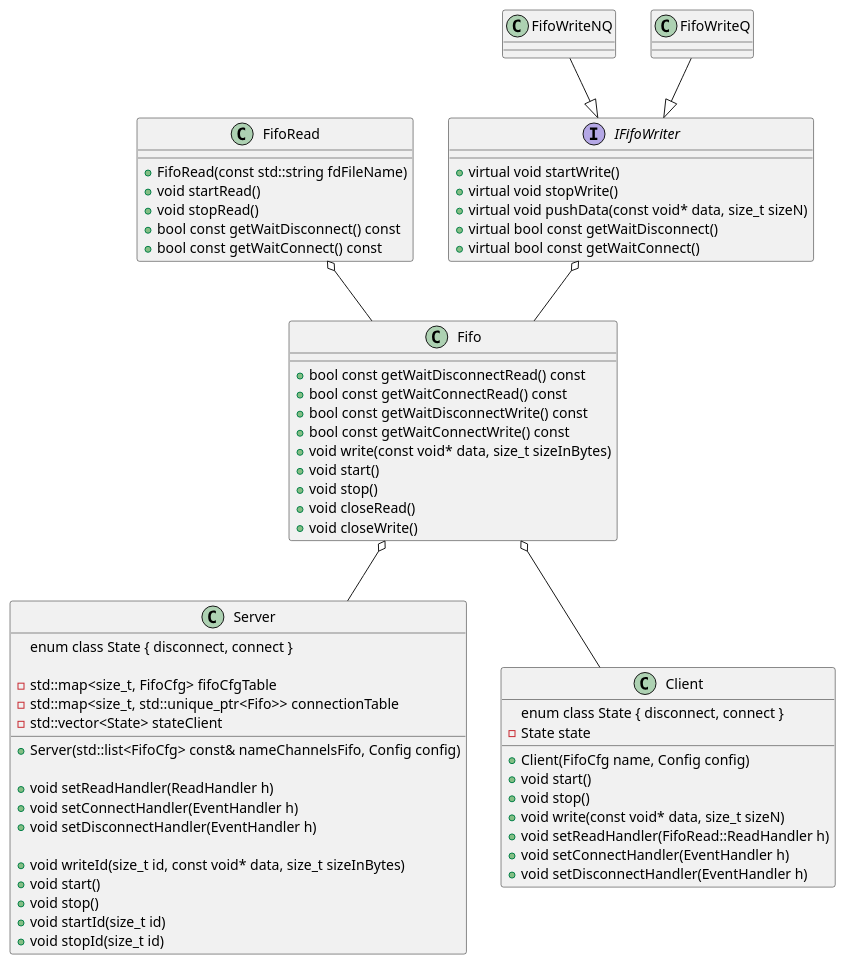
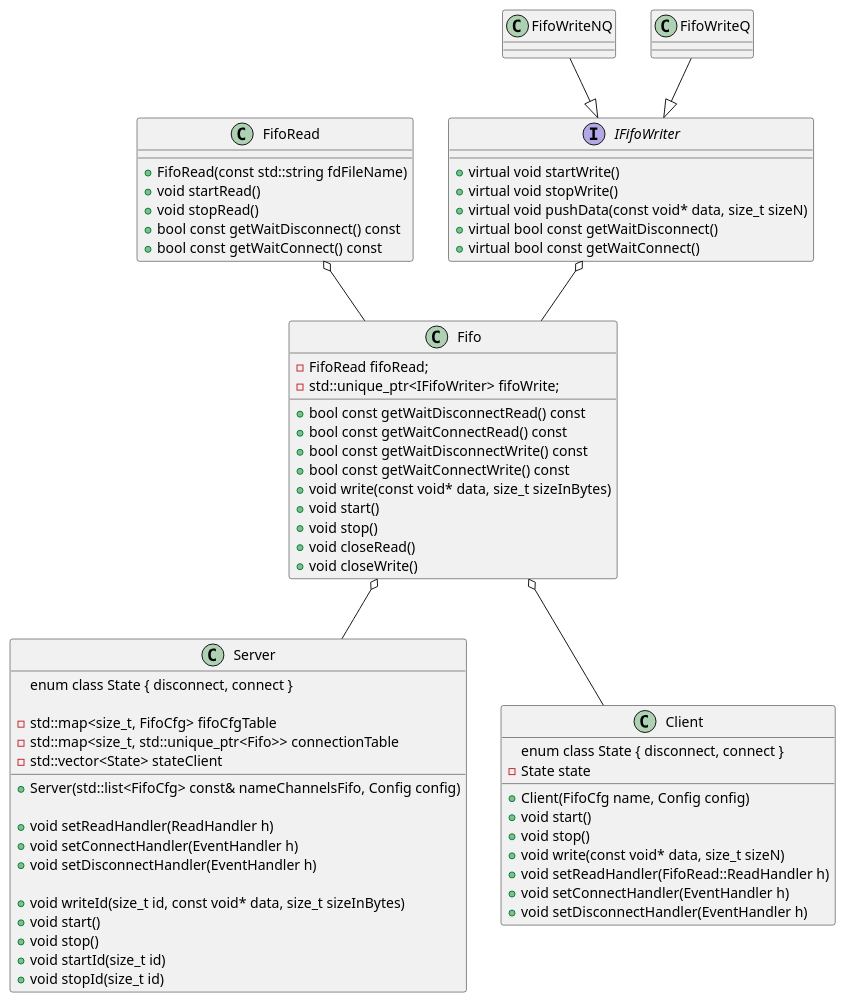
The diagram in TestTask/diagram_Server.puml (Ilya-Abramov00/FifoMaster), drawn with PlantUML before and after one commit. The commit also changed 1 other file, not shown here.

```diff
--- a/TestTask/diagram_Server.puml
+++ b/TestTask/diagram_Server.puml
@@ -1,79 +1,82 @@
 @startuml
 
 interface IFifoWriter {
 	+virtual void startWrite()
 	+virtual void stopWrite()
 	+virtual void pushData(const void* data, size_t sizeN)
 	+virtual bool const getWaitDisconnect()
 	+virtual bool const getWaitConnect()
 }
 
 
 
 class FifoWriteNQ
 class FifoWriteQ
 
 FifoWriteNQ --|> IFifoWriter
 FifoWriteQ --|> IFifoWriter
 
 class FifoRead {
 	+FifoRead(const std::string fdFileName)
 	+void startRead()
 	+void stopRead()
 	+bool const getWaitDisconnect() const
 	+bool const getWaitConnect() const
 }
 
 class Fifo {
 	+bool const getWaitDisconnectRead() const
 	+bool const getWaitConnectRead() const
 	+bool const getWaitDisconnectWrite() const
 	+bool const getWaitConnectWrite() const
 	+void write(const void* data, size_t sizeInBytes)
 	+void start()
 	+void stop()
 	+void closeRead()
 	+void closeWrite()
+
+	-FifoRead fifoRead;
+    -std::unique_ptr<IFifoWriter> fifoWrite;
 }
 
 FifoRead o--Fifo
 IFifoWriter o--Fifo
 
 
 
 class Server {
 	+Server(std::list<FifoCfg> const& nameChannelsFifo, Config config)
 
 	+void setReadHandler(ReadHandler h)
 	+void setConnectHandler(EventHandler h)
 	+void setDisconnectHandler(EventHandler h)
 
 	+void writeId(size_t id, const void* data, size_t sizeInBytes)
 	+void start()
 	+void stop()
     +void startId(size_t id)
     +void stopId(size_t id)
 
 enum class State { disconnect, connect }
 
 	-std::map<size_t, FifoCfg> fifoCfgTable
 	-std::map<size_t, std::unique_ptr<Fifo>> connectionTable
     -std::vector<State> stateClient
 }
 Fifo o--Server
 
 class Client {
 	+Client(FifoCfg name, Config config)
 	+void start()
 	+void stop()
 	+void write(const void* data, size_t sizeN)
 	+void setReadHandler(FifoRead::ReadHandler h)
 	+void setConnectHandler(EventHandler h)
 	+void setDisconnectHandler(EventHandler h)
 	enum class State { disconnect, connect }
 	-State state
 }
 
 Fifo o--Client
 
 @enduml
```
